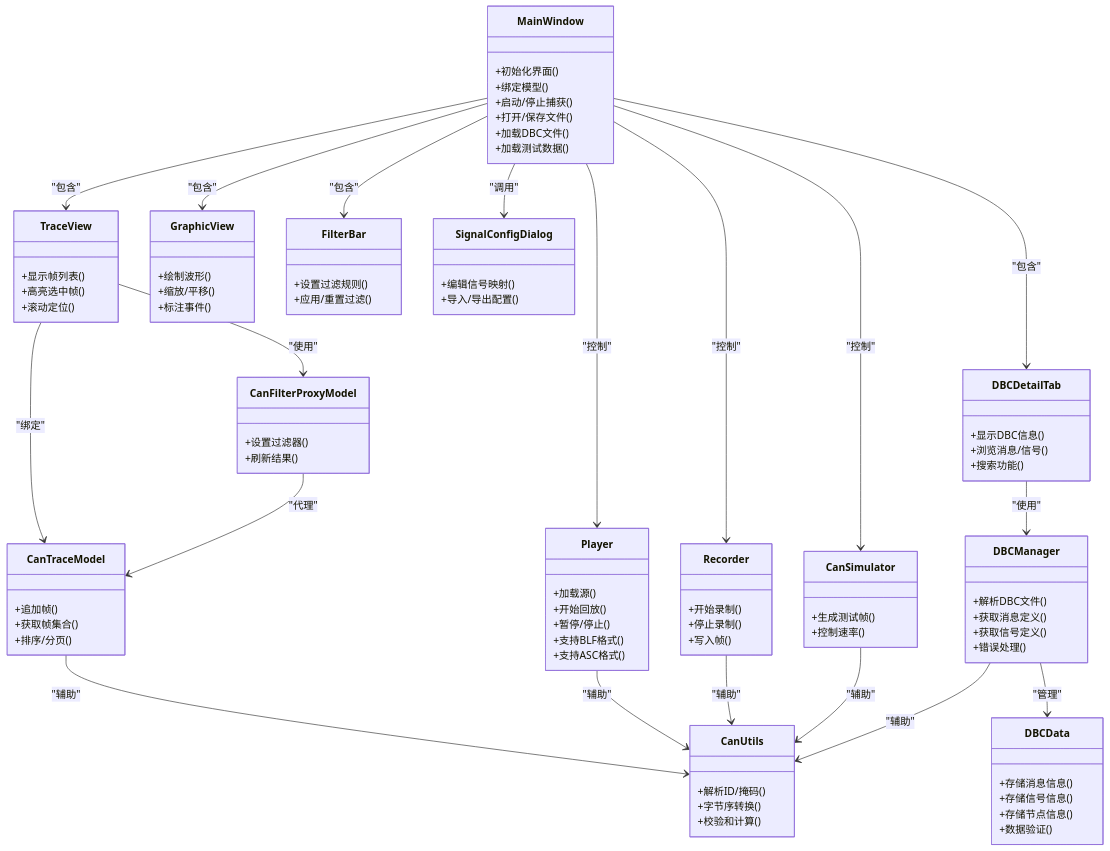
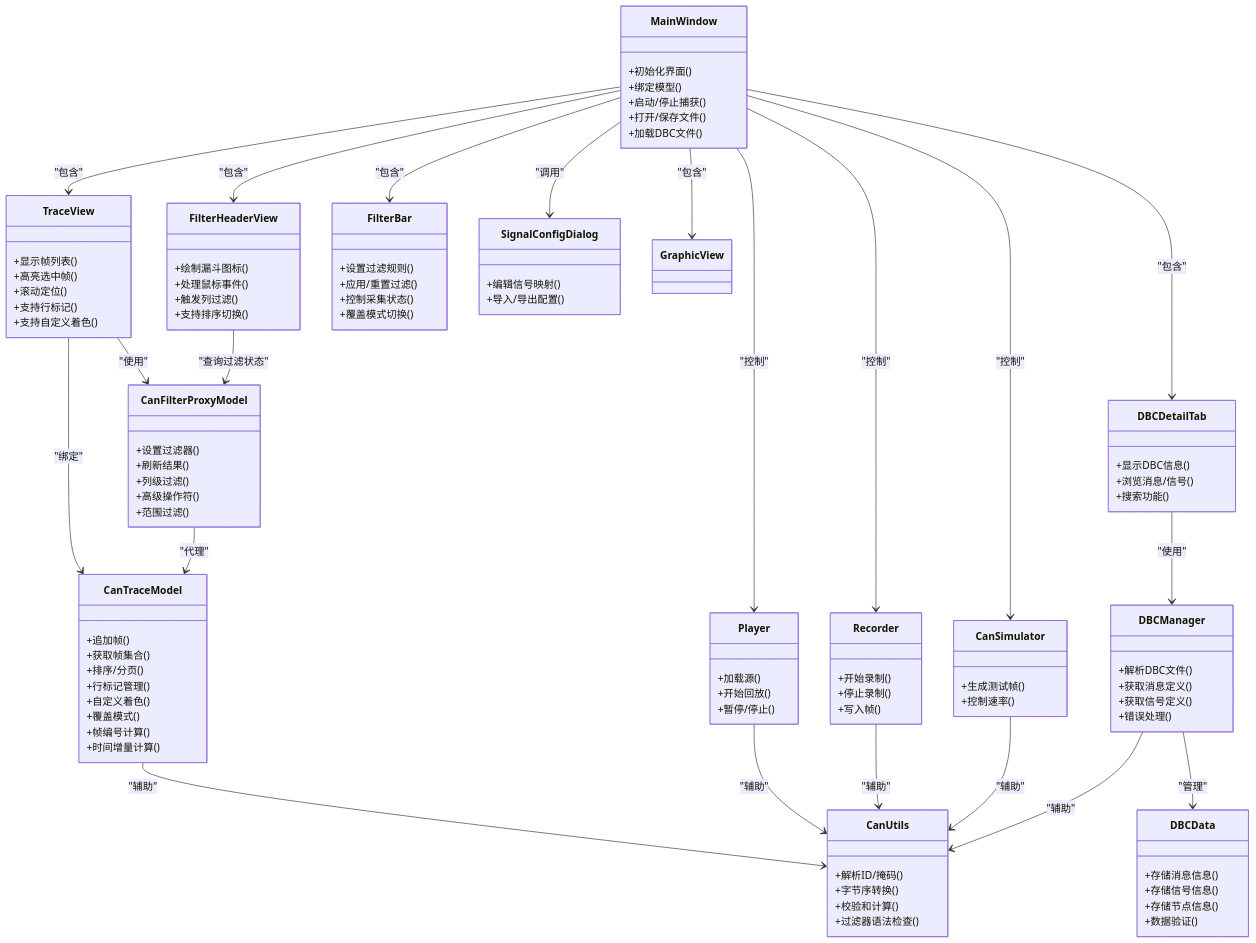
One commit to jakecai1225-design/OpenBus changed the second of 7 diagrams in .qoder/repowiki/zh/content/项目概述/CAN总线分析工具.md. Above: the diagram before and after it, drawn with Mermaid. The commit also changed other lines of this file and 13 other files, not shown here.

```diff
--- a/.qoder/repowiki/zh/content/项目概述/CAN总线分析工具.md
+++ b/.qoder/repowiki/zh/content/项目概述/CAN总线分析工具.md
@@ -155,21 +161,25 @@
 +启动/停止捕获()
 +打开/保存文件()
 +加载DBC文件()
-+加载测试数据()
 }
 class TraceView {
 +显示帧列表()
 +高亮选中帧()
 +滚动定位()
++支持行标记()
++支持自定义着色()
 }
-class GraphicView {
-+绘制波形()
-+缩放/平移()
-+标注事件()
+class FilterHeaderView {
++绘制漏斗图标()
++处理鼠标事件()
++触发列过滤()
++支持排序切换()
 }
 class FilterBar {
 +设置过滤规则()
 +应用/重置过滤()
++控制采集状态()
++覆盖模式切换()
 }
 class SignalConfigDialog {
 +编辑信号映射()
@@ -184,17 +194,23 @@
 +追加帧()
 +获取帧集合()
 +排序/分页()
++行标记管理()
++自定义着色()
++覆盖模式()
++帧编号计算()
++时间增量计算()
 }
 class CanFilterProxyModel {
 +设置过滤器()
 +刷新结果()
++列级过滤()
++高级操作符()
++范围过滤()
 }
 class Player {
 +加载源()
 +开始回放()
 +暂停/停止()
-+支持BLF格式()
-+支持ASC格式()
 }
 class Recorder {
 +开始录制()
@@ -221,14 +237,17 @@
 +解析ID/掩码()
 +字节序转换()
 +校验和计算()
++过滤器语法检查()
 }
 MainWindow --> TraceView : "包含"
+MainWindow --> FilterHeaderView : "包含"
 MainWindow --> GraphicView : "包含"
 MainWindow --> FilterBar : "包含"
 MainWindow --> SignalConfigDialog : "调用"
 MainWindow --> DBCDetailTab : "包含"
 TraceView --> CanTraceModel : "绑定"
 TraceView --> CanFilterProxyModel : "使用"
+FilterHeaderView --> CanFilterProxyModel : "查询过滤状态"
 CanFilterProxyModel --> CanTraceModel : "代理"
 DBCDetailTab --> DBCManager : "使用"
 DBCManager --> DBCData : "管理"
```
